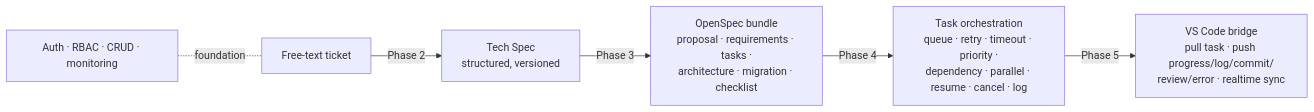
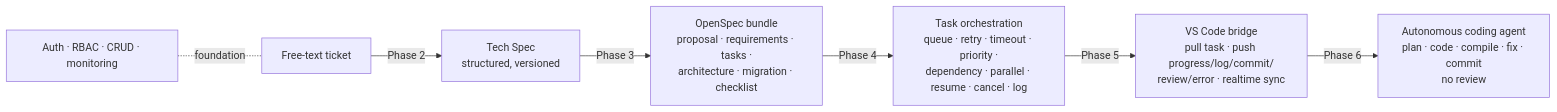
One commit to thailand401/tata_tickets changed the diagram in specs/overview.md. Above: the diagram before and after it, drawn with Mermaid. The commit also changed other lines of this file and 116 other files, not shown here.

````diff
--- a/specs/overview.md
+++ b/specs/overview.md
@@ -10,8 +10,9 @@
 ```mermaid
 flowchart LR
     A[Free-text ticket] -->|Phase 2| B[Tech Spec<br/>structured, versioned]
     B -->|Phase 3| C[OpenSpec bundle<br/>proposal · requirements · tasks ·<br/>architecture · migration · checklist]
     C -->|Phase 4| D[Task orchestration<br/>queue · retry · timeout · priority ·<br/>dependency · parallel · resume · cancel · log]
     D -->|Phase 5| E[VS Code bridge<br/>pull task · push progress/log/commit/<br/>review/error · realtime sync]
+    E -->|Phase 6| F[Autonomous coding agent<br/>plan · code · compile · fix · commit<br/>no review]
     A0[Auth · RBAC · CRUD · monitoring] -.foundation.- A
 ```
````
